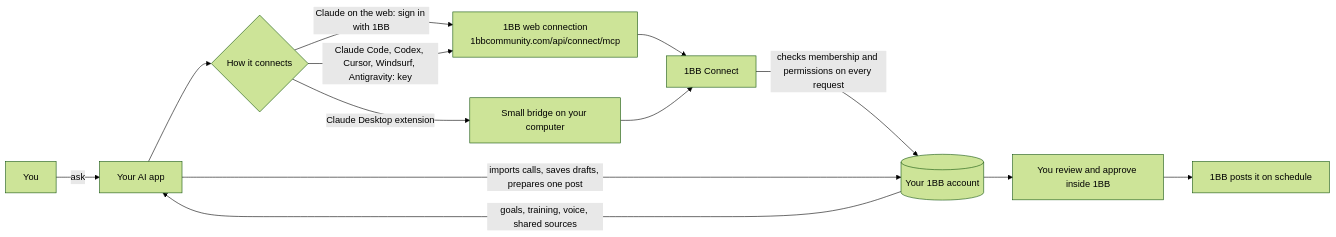
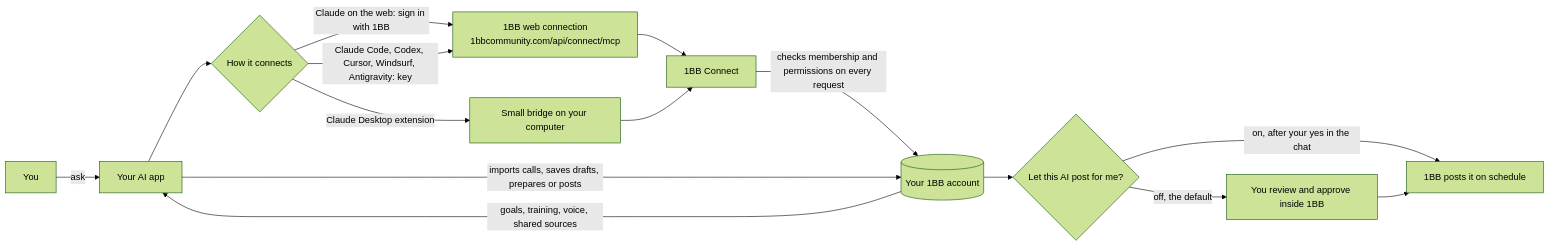
The diagram in docs/diagrams/connect-flow.mmd (1-Button-Business/1bb-connect-plugins), drawn with Mermaid (forest theme) before and after one commit. The commit also changed 3 other files, not shown here.

```diff
--- a/docs/diagrams/connect-flow.mmd
+++ b/docs/diagrams/connect-flow.mmd
@@ -1,13 +1,15 @@
 flowchart LR
   M[You] -->|ask| AI[Your AI app]
   AI --> R{How it connects}
   R -->|Claude on the web: sign in with 1BB| W[1BB web connection<br/>1bbcommunity.com/api/connect/mcp]
   R -->|Claude Code, Codex, Cursor, Windsurf, Antigravity: key| W
   R -->|Claude Desktop extension| B[Small bridge on your computer]
   W --> A[1BB Connect]
   B --> A
   A -->|checks membership and permissions on every request| D[(Your 1BB account)]
   D -->|goals, training, voice, shared sources| AI
-  AI -->|imports calls, saves drafts, prepares one post| D
-  D --> Rev[You review and approve inside 1BB]
+  AI -->|imports calls, saves drafts, prepares or posts| D
+  D --> S{Let this AI post for me?}
+  S -->|off, the default| Rev[You review and approve inside 1BB]
+  S -->|on, after your yes in the chat| P
   Rev --> P[1BB posts it on schedule]
```
